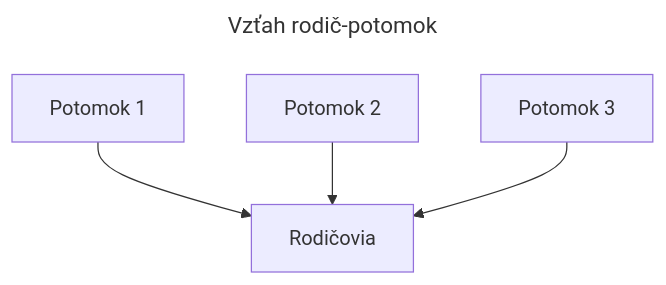
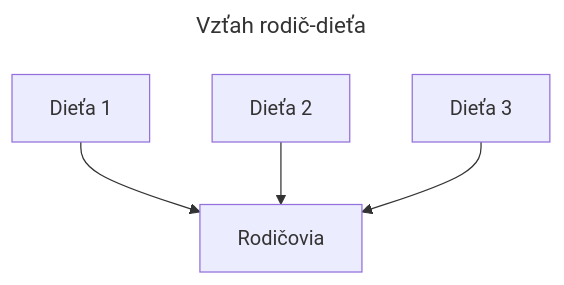
Before and after one commit to SpsKnSK/api: the first of 6 diagrams in Lessons_sk/14_inheritance_polymorphism_sk.md, drawn with Mermaid. The commit also changed other lines of this file and 1 other file, not shown here.

````diff
--- a/Lessons_sk/14_inheritance_polymorphism_sk.md
+++ b/Lessons_sk/14_inheritance_polymorphism_sk.md
@@ -28,14 +28,14 @@
 ```mermaid
 ---
-title: Vzťah rodič-potomok
+title: Vzťah rodič-dieťa
 ---
 flowchart 
 	Parent[Rodičovia]
-    Child1[Potomok 1]
-    Child2[Potomok 2]
-    Child3[Potomok 3]
+    Child1[Dieťa 1]
+    Child2[Dieťa 2]
+    Child3[Dieťa 3]
 
     Child1 --> Parent
     Child2 --> Parent
     Child3 --> Parent
 ```
````
